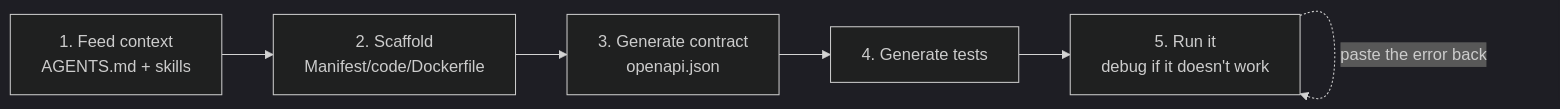
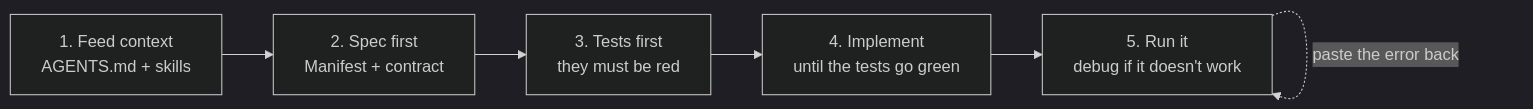
Before and after one commit to brickKit/brickKit: the diagram in docs/en/ai-development.md, drawn with Mermaid (dark theme). The commit also changed other lines of this file and 1 other file, not shown here.

````diff
--- a/docs/en/ai-development.md
+++ b/docs/en/ai-development.md
@@ -60,8 +60,8 @@
 ```mermaid
 graph LR
-    S1["1. Feed context<br/>AGENTS.md + skills"] --> S2["2. Scaffold<br/>Manifest/code/Dockerfile"]
-    S2 --> S3["3. Generate contract<br/>openapi.json"]
-    S3 --> S4["4. Generate tests"]
+    S1["1. Feed context<br/>AGENTS.md + skills"] --> S2["2. Spec first<br/>Manifest + contract"]
+    S2 --> S3["3. Tests first<br/>they must be red"]
+    S3 --> S4["4. Implement<br/>until the tests go green"]
     S4 --> S5["5. Run it<br/>debug if it doesn't work"]
     S5 -.->|paste the error back| S5
 ```
````
